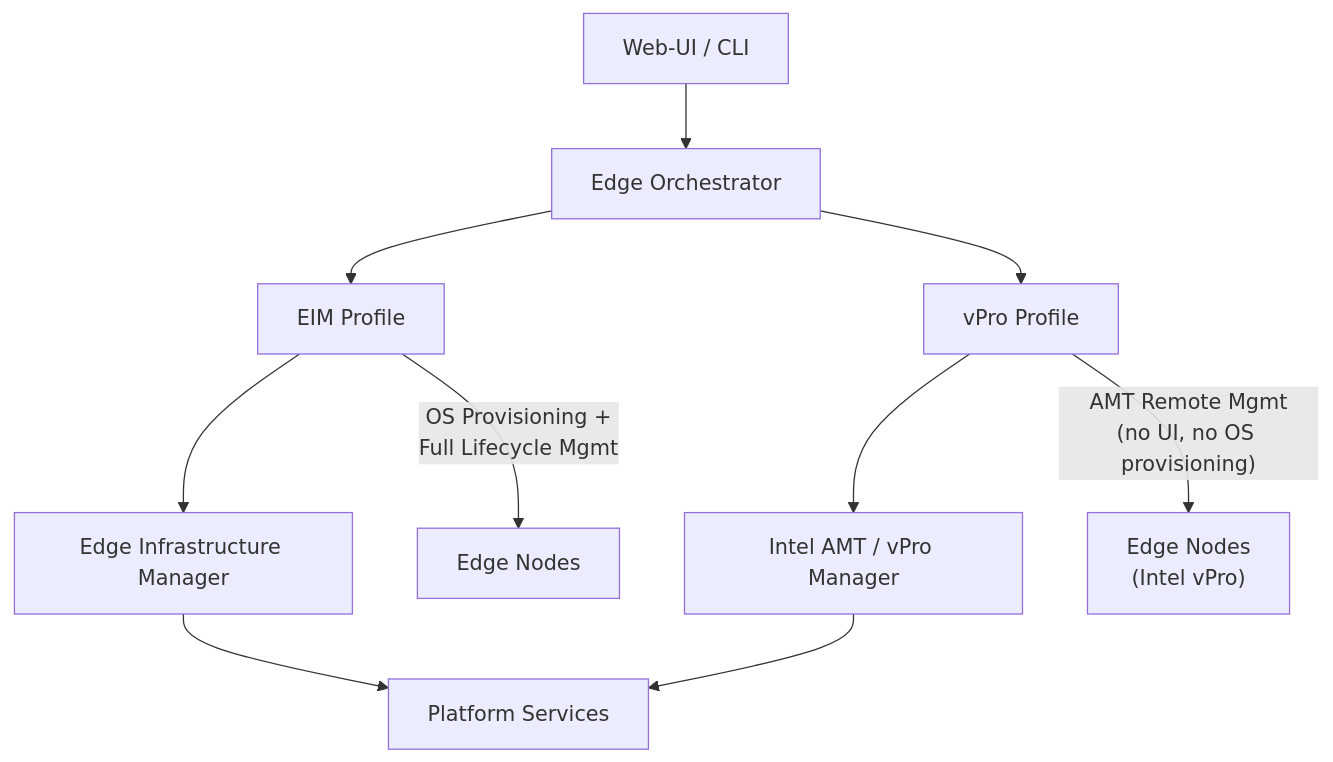
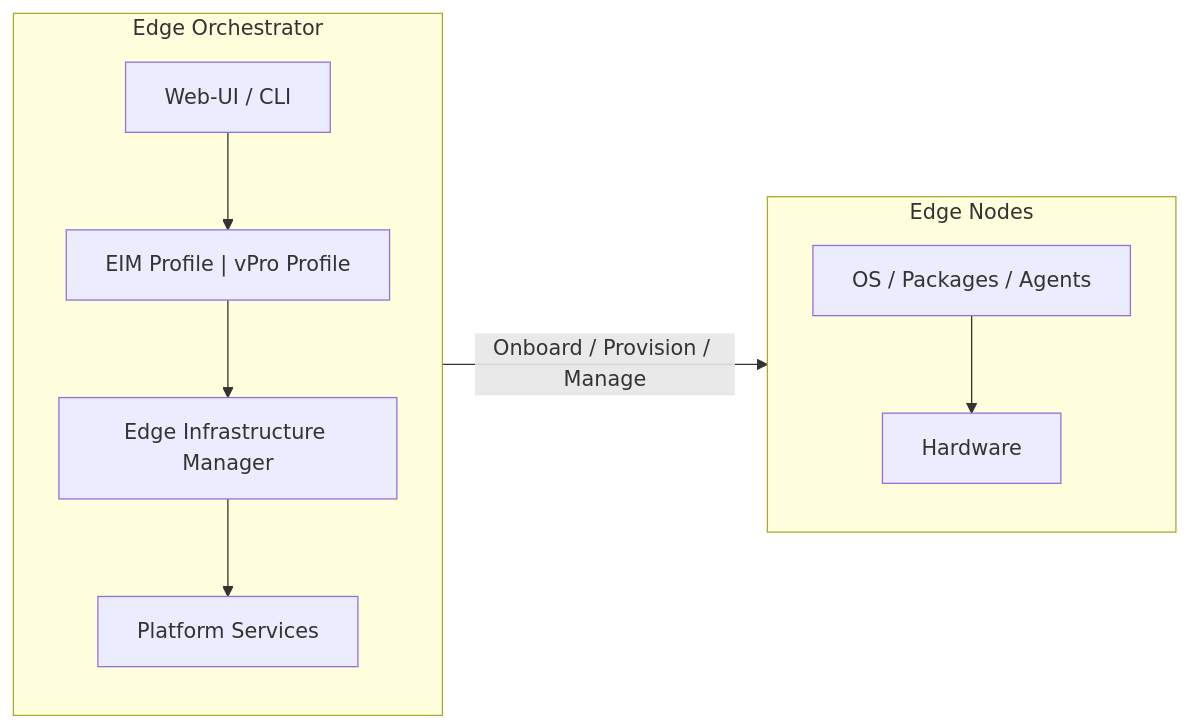
The diagram in README.md (open-edge-platform/edge-manageability-framework), drawn with Mermaid before and after one commit.

````diff
--- a/README.md
+++ b/README.md
@@ -28,12 +28,20 @@
 ```mermaid
-flowchart TB
-    A["Web-UI / CLI"] --> B["Edge Orchestrator"]
-    B --> C["EIM Profile"]
-    B --> D["vPro Profile"]
-    C --> E["Edge Infrastructure Manager"]
-    D --> F["Intel AMT / vPro Manager"]
-    E --> G["Platform Services"]
-    F --> G
-    C -->|"OS Provisioning +\nFull Lifecycle Mgmt"| H["Edge Nodes"]
-    D -->|"AMT Remote Mgmt\n(no UI, no OS provisioning)"| I["Edge Nodes\n(Intel vPro)"]
+flowchart LR
+    subgraph Orch["Edge Orchestrator"]
+        direction TB
+        A["Web-UI / CLI"]
+        B["EIM Profile | vPro Profile"]
+        C["Edge Infrastructure Manager"]
+        D["Platform Services"]
+        A --> B --> C --> D
+    end
+
+    subgraph Edge["Edge Nodes"]
+        direction TB
+        E["OS / Packages / Agents"]
+        F["Hardware"]
+        E --> F
+    end
+
+    Orch -->|"Onboard / Provision / Manage"| Edge
 ```
````
